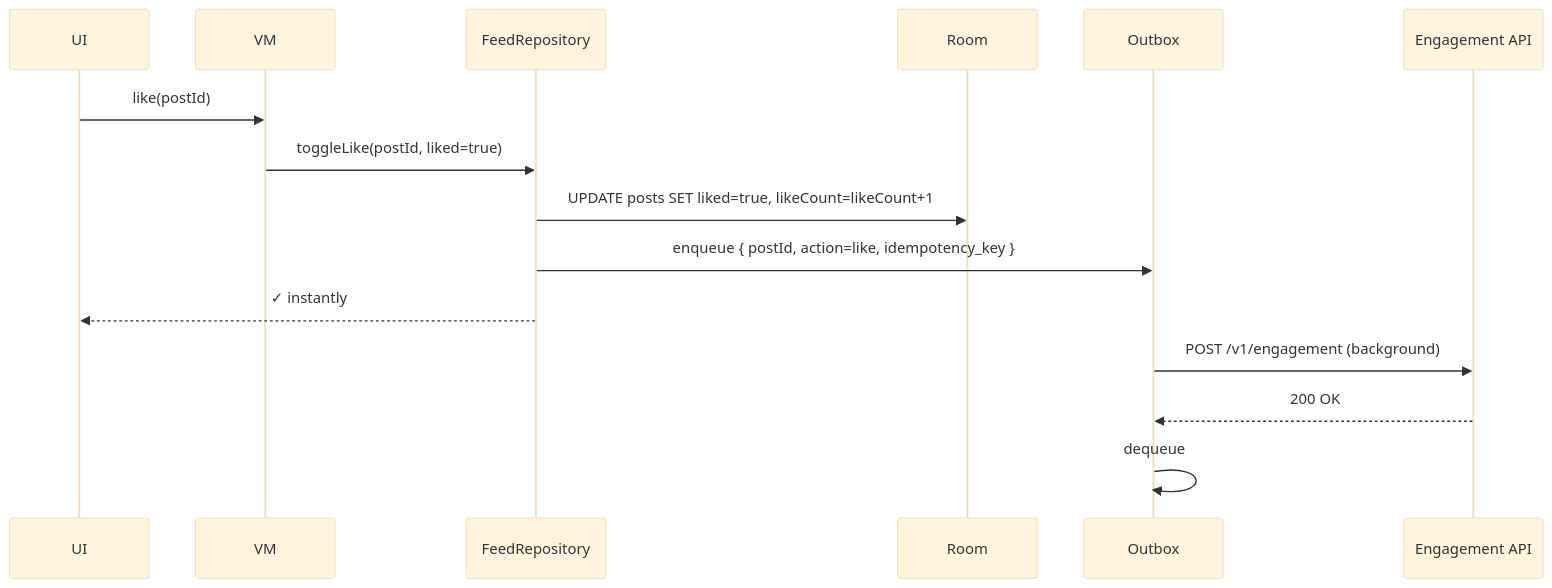
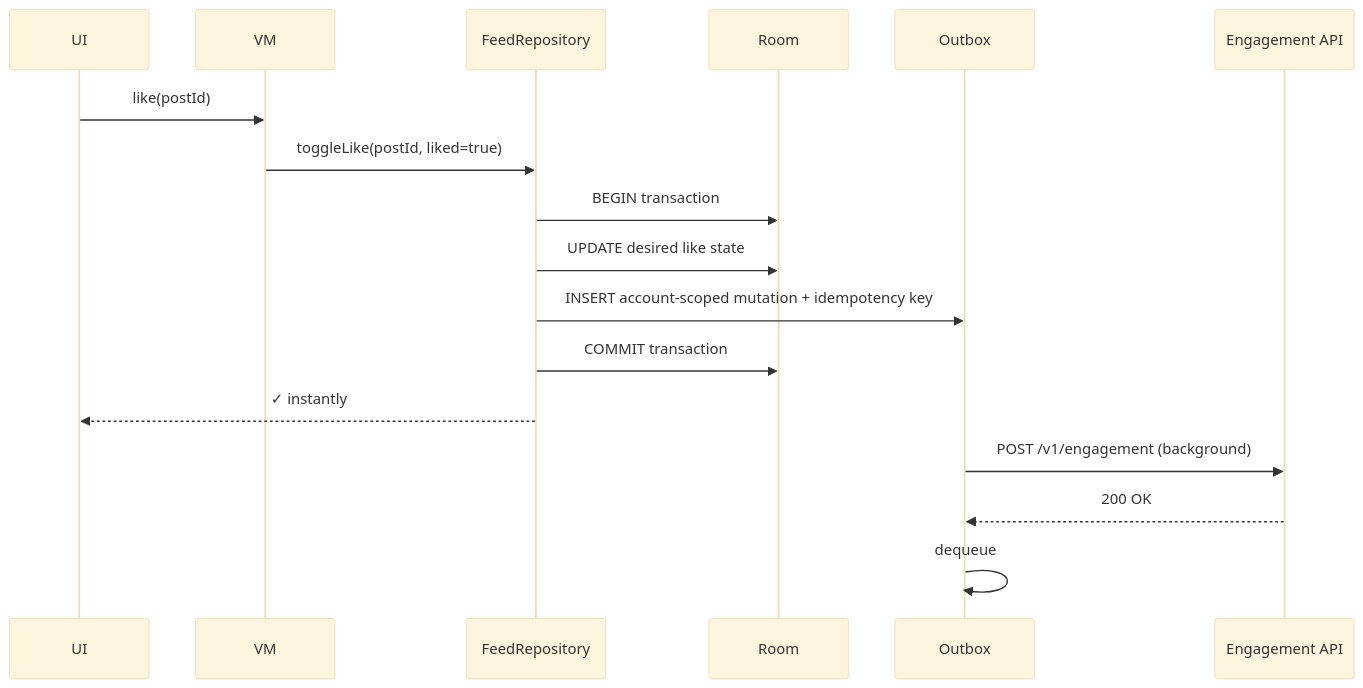
Before and after one commit to swarnsingh/android-staff-engineer-playbook-website: the third of 3 diagrams in reference-architectures/consumer-app.md, drawn with Mermaid (base theme). The commit also changed other lines of this file and 37 other files, not shown here.

Commit message:
Add the reviewed Reference Architectures chapters to the website

````diff
--- a/reference-architectures/consumer-app.md
+++ b/reference-architectures/consumer-app.md
@@ -137,18 +141,20 @@
 ```mermaid
 sequenceDiagram
     participant UI
     participant VM
     participant Repo as FeedRepository
     participant Local as Room
     participant Out as Outbox
     participant Net as Engagement API
 
     UI->>VM: like(postId)
     VM->>Repo: toggleLike(postId, liked=true)
-    Repo->>Local: UPDATE posts SET liked=true, likeCount=likeCount+1
-    Repo->>Out: enqueue { postId, action=like, idempotency_key }
+    Repo->>Local: BEGIN transaction
+    Repo->>Local: UPDATE desired like state
+    Repo->>Out: INSERT account-scoped mutation + idempotency key
+    Repo->>Local: COMMIT transaction
     Repo-->>UI: ✓ instantly
     Out->>Net: POST /v1/engagement (background)
     Net-->>Out: 200 OK
     Out->>Out: dequeue
 ```
````
